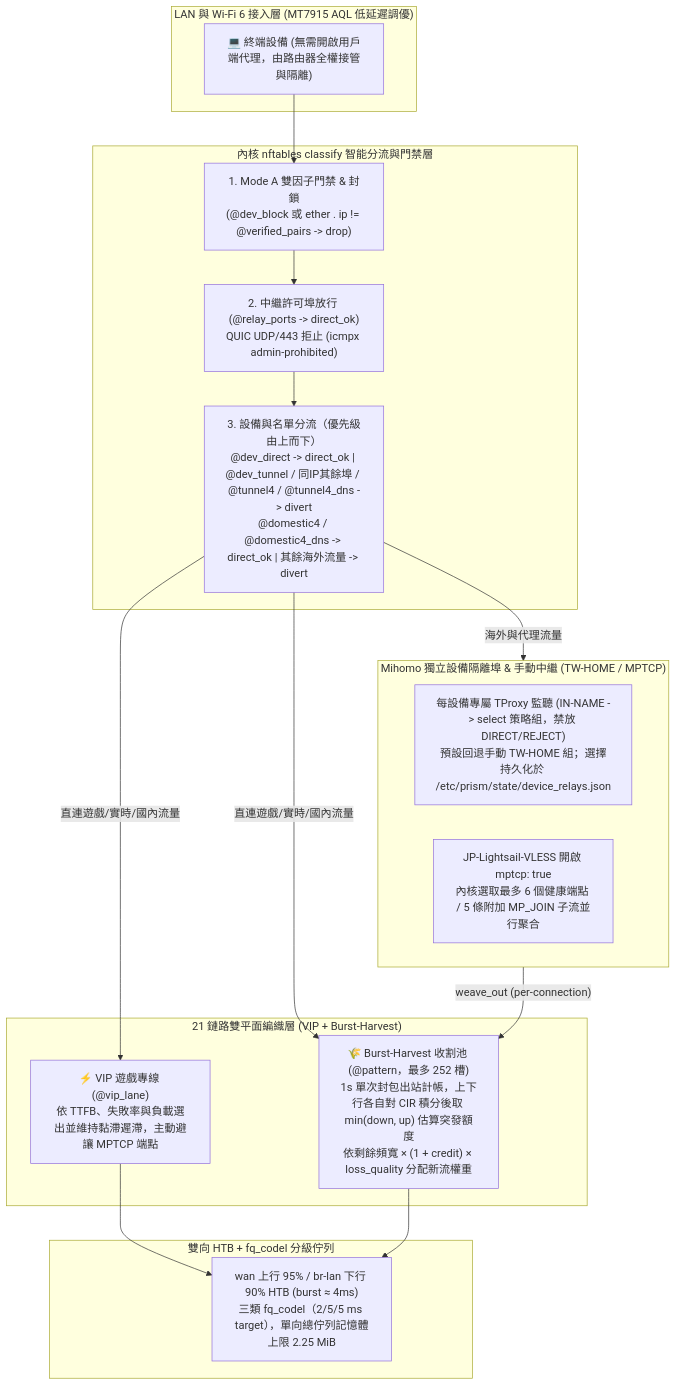
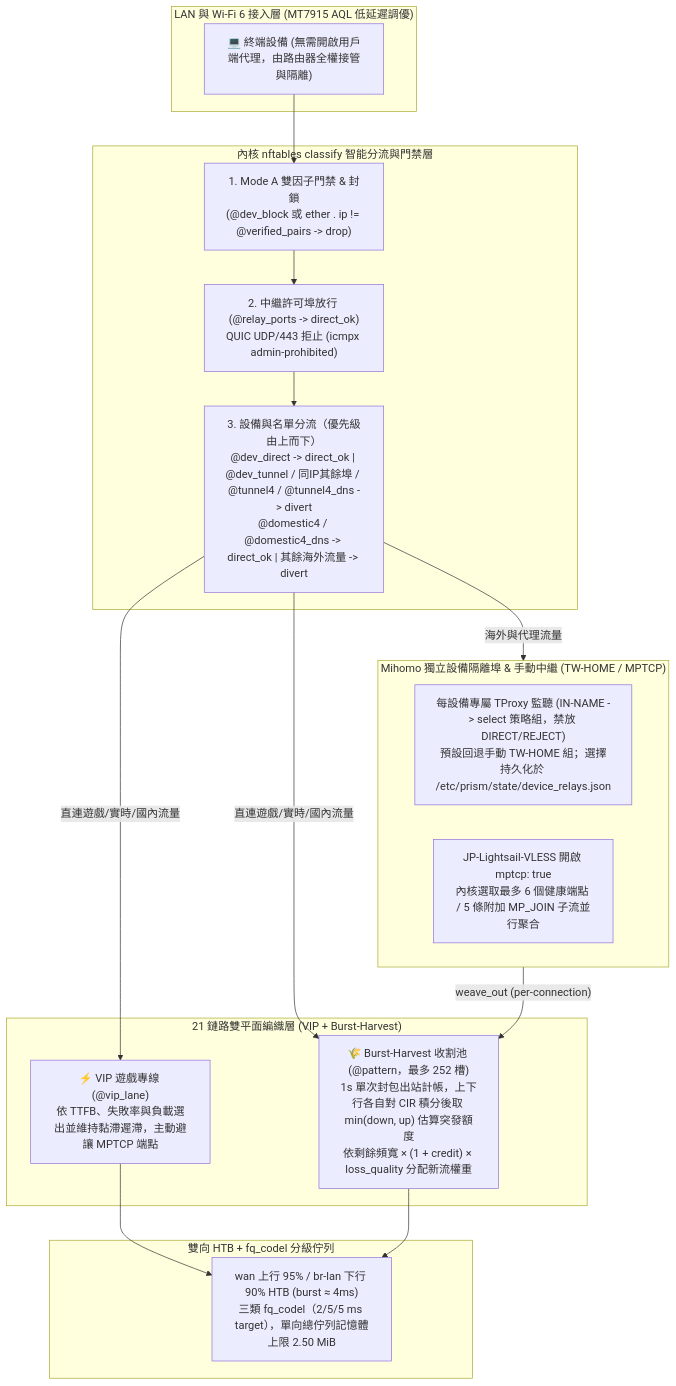
One commit to Chth1z/FuckWeb changed the diagram in README.md. Above: the diagram before and after it, drawn with Mermaid. The commit also changed other lines of this file and 33 other files, not shown here.

````diff
--- a/README.md
+++ b/README.md
@@ -17,32 +17,32 @@
 ```mermaid
 flowchart TB
     subgraph ClientLayer["LAN 與 Wi-Fi 6 接入層 (MT7915 AQL 低延遲調優)"]
         LAN["💻 終端設備 (無需開啟用戶端代理，由路由器全權接管與隔離)"]
     end
 
     subgraph ClassifyLayer["內核 nftables classify 智能分流與門禁層"]
         Admit["1. Mode A 雙因子門禁 & 封鎖<br/>(@dev_block 或 ether . ip != @verified_pairs -> drop)"]
         RelayPort["2. 中繼許可埠放行 (@relay_ports -> direct_ok)<br/>QUIC UDP/443 拒止 (icmpx admin-prohibited)"]
         SplitCheck["3. 設備與名單分流（優先級由上而下）<br/>@dev_direct -> direct_ok | @dev_tunnel / 同IP其餘埠 / @tunnel4 / @tunnel4_dns -> divert<br/>@domestic4 / @domestic4_dns -> direct_ok | 其餘海外流量 -> divert"]
     end
 
     subgraph ProxyLayer["Mihomo 獨立設備隔離埠 & 手動中繼 (TW-HOME / MPTCP)"]
         DevPort["每設備專屬 TProxy 監聽 (IN-NAME -> select 策略組，禁放 DIRECT/REJECT)<br/>預設回退手動 TW-HOME 組；選擇持久化於 /etc/prism/state/device_relays.json"]
         MPTCP["JP-Lightsail-VLESS 開啟 mptcp: true<br/>內核選取最多 6 個健康端點 / 5 條附加 MP_JOIN 子流並行聚合"]
     end
 
     subgraph WeaveLayer["21 鏈路雙平面編織層 (VIP + Burst-Harvest)"]
         VIPLane["⚡ VIP 遊戲專線 (@vip_lane)<br/>依 TTFB、失敗率與負載選出並維持黏滯遲滯，主動避讓 MPTCP 端點"]
         HarvestPool["🌾 Burst-Harvest 收割池 (@pattern，最多 252 槽)<br/>1s 單次封包出站計帳，上下行各自對 CIR 積分後取 min(down, up) 估算突發額度<br/>依剩餘頻寬 × (1 + credit) × loss_quality 分配新流權重"]
     end
 
     subgraph QoSLayer["雙向 HTB + fq_codel 分級佇列"]
-        QoS["wan 上行 95% / br-lan 下行 90% HTB (burst ≈ 4ms)<br/>三類 fq_codel（2/5/5 ms target），單向總佇列記憶體上限 2.25 MiB"]
+        QoS["wan 上行 95% / br-lan 下行 90% HTB (burst ≈ 4ms)<br/>三類 fq_codel（2/5/5 ms target），單向總佇列記憶體上限 2.50 MiB"]
     end
 
     LAN --> Admit --> RelayPort --> SplitCheck
     SplitCheck -->|"海外與代理流量"| ProxyLayer -->|"weave_out (per-connection)"| HarvestPool
     SplitCheck -->|"直連遊戲/實時/國內流量"| VIPLane & HarvestPool
     VIPLane --> QoS
     HarvestPool --> QoS
 ```
````
